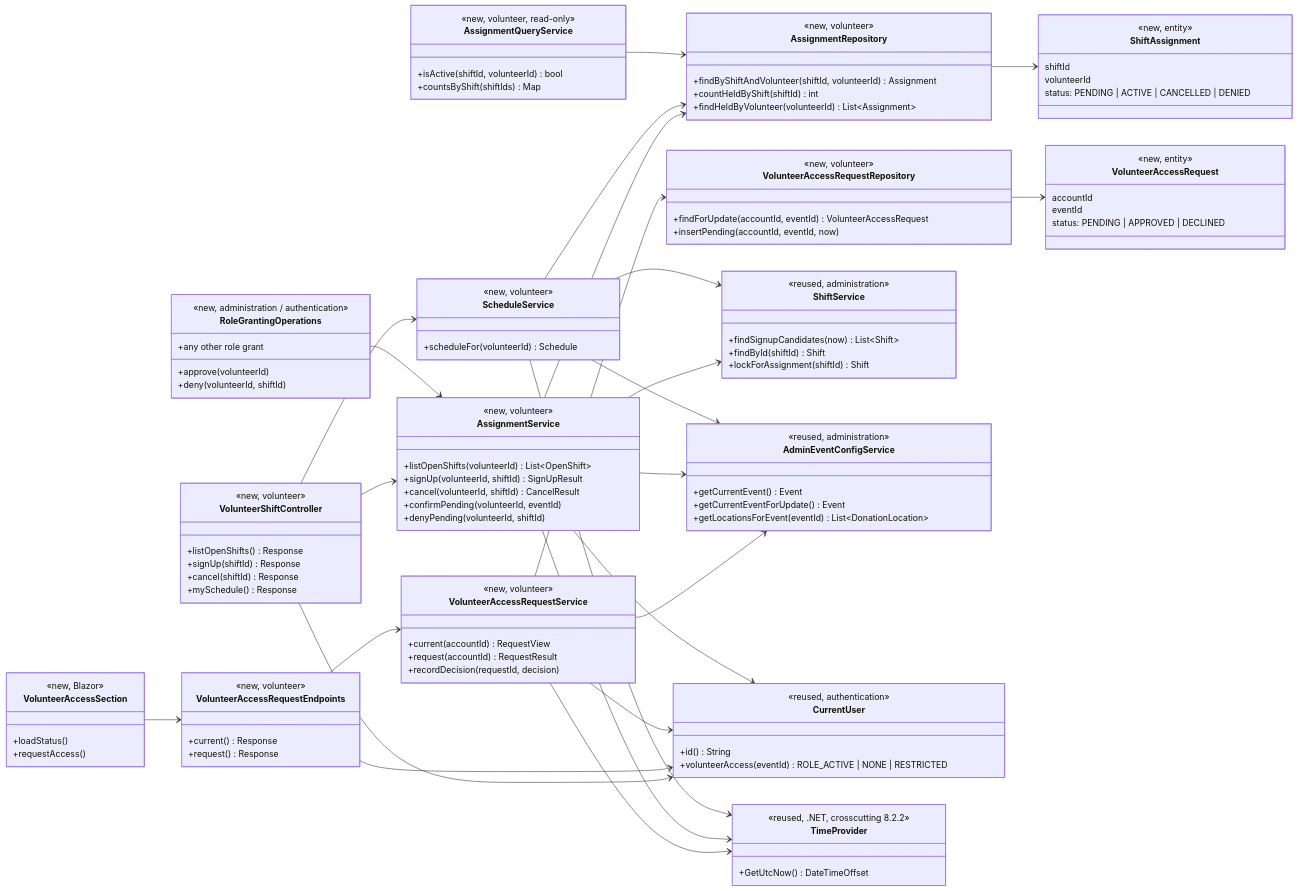
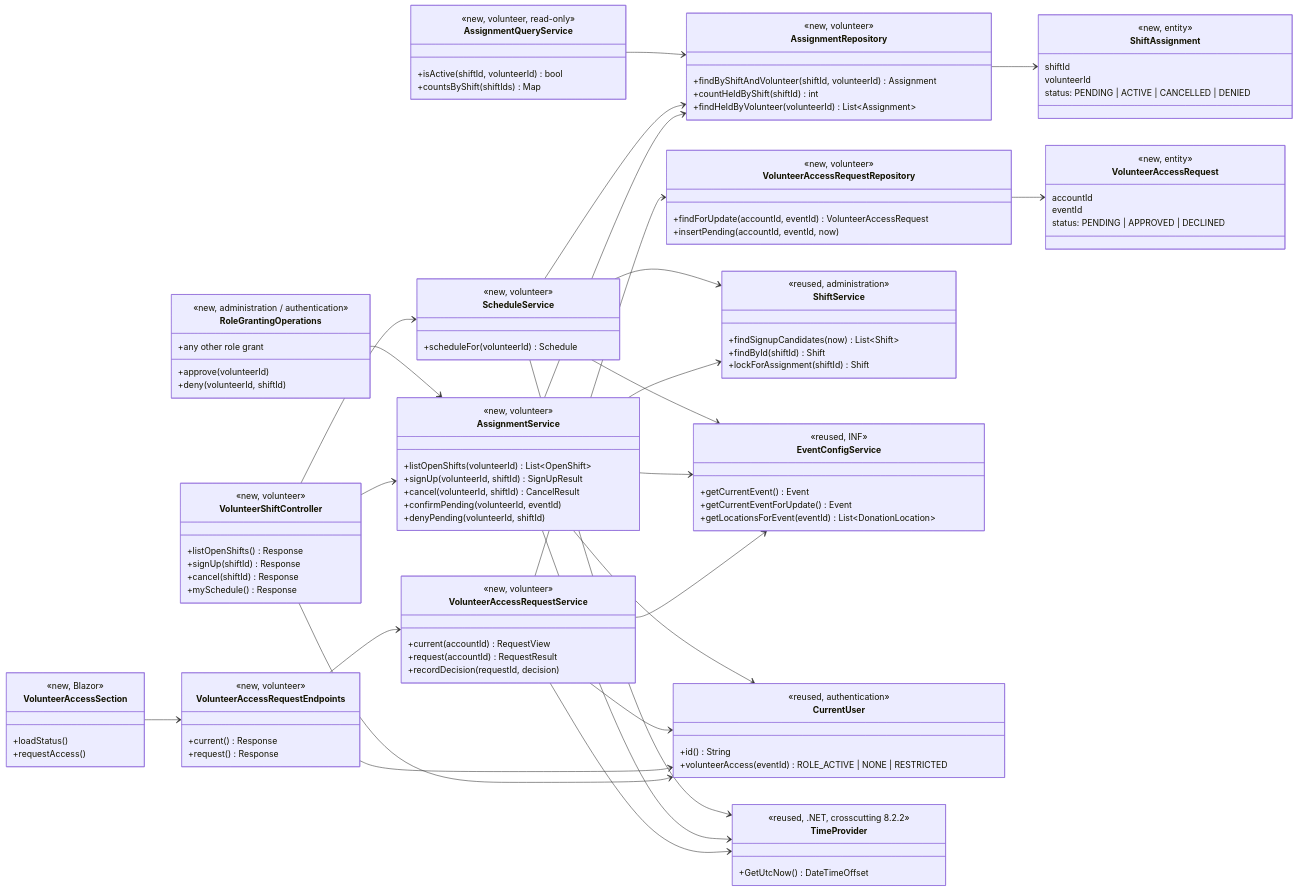
One commit to evelyntrann/cosc-40943-team-3-refrog changed the first of 9 diagrams in docs/design/VOL.md. Above: the diagram before and after it, drawn with Mermaid. The commit also changed other lines of this file and 2 other files, not shown here.

First line of the commit message:
Make INF the owner of events, locations, and operating hours (#108)

```diff
--- a/docs/design/VOL.md
+++ b/docs/design/VOL.md
@@ -133,8 +133,8 @@
         +findById(shiftId) Shift
         +lockForAssignment(shiftId) Shift
     }
-    class AdminEventConfigService {
-        <<reused, administration>>
+    class EventConfigService {
+        <<reused, INF>>
         +getCurrentEvent() Event
         +getCurrentEventForUpdate() Event
         +getLocationsForEvent(eventId) List~DonationLocation~
@@ -155,18 +155,18 @@
     VolunteerAccessRequestEndpoints --> VolunteerAccessRequestService
     VolunteerAccessRequestEndpoints --> CurrentUser
     VolunteerAccessRequestService --> VolunteerAccessRequestRepository
-    VolunteerAccessRequestService --> AdminEventConfigService
+    VolunteerAccessRequestService --> EventConfigService
     VolunteerAccessRequestService --> CurrentUser
     VolunteerAccessRequestService --> TimeProvider
     VolunteerAccessRequestRepository --> VolunteerAccessRequest
     AssignmentService --> AssignmentRepository
     AssignmentService --> ShiftService
-    AssignmentService --> AdminEventConfigService
+    AssignmentService --> EventConfigService
     AssignmentService --> CurrentUser
     AssignmentService --> TimeProvider
     ScheduleService --> AssignmentRepository
     ScheduleService --> ShiftService
-    ScheduleService --> AdminEventConfigService
+    ScheduleService --> EventConfigService
     ScheduleService --> TimeProvider
     AssignmentQueryService --> AssignmentRepository
     AssignmentRepository --> ShiftAssignment
```
